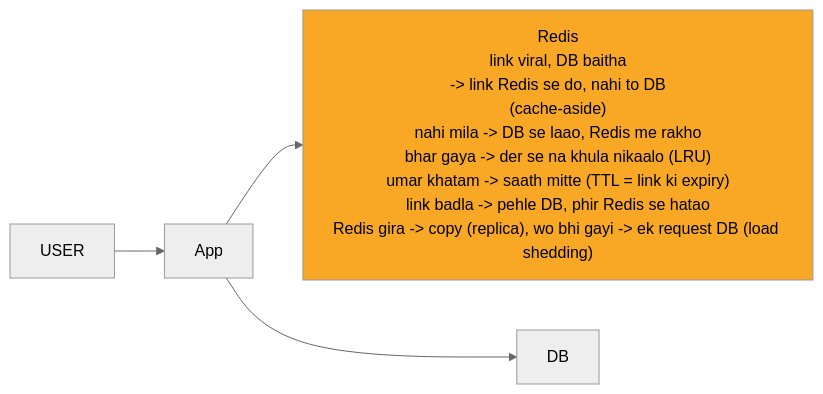
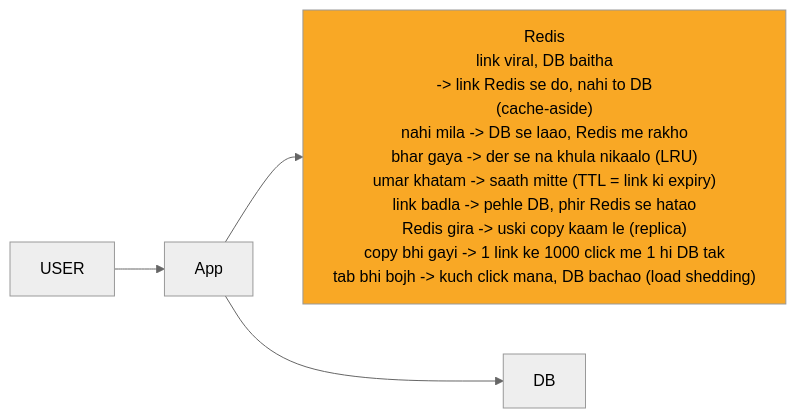
Before and after one commit to ArpanMaheshwari144/Prep: the second of 10 diagrams in 04_HLD/SYSTEM_DESIGNS/01_url_shortener/01_url_shortener.md, drawn with Mermaid (neutral theme). The commit also changed other lines of this file, not shown here.

Commit message:
url shortener card 1: Redis + copy gire wali line saaf

````diff
--- a/04_HLD/SYSTEM_DESIGNS/01_url_shortener/01_url_shortener.md
+++ b/04_HLD/SYSTEM_DESIGNS/01_url_shortener/01_url_shortener.md
@@ -113,12 +113,12 @@
 ```mermaid
 %%{init: {"flowchart": {"wrappingWidth": 450}}}%%
 flowchart LR
     n_USER["USER"]
     n_App["App"]
-    n_Redis["Redis<br/>link viral, DB baitha<br/>-> link Redis se do, nahi to DB<br/>(cache-aside)<br/>nahi mila -> DB se laao, Redis me rakho<br/>bhar gaya -> der se na khula nikaalo (LRU)<br/>umar khatam -> saath mitte (TTL = link ki expiry)<br/>link badla -> pehle DB, phir Redis se hatao<br/>Redis gira -> copy (replica), wo bhi gayi -> ek request DB (load shedding)"]
+    n_Redis["Redis<br/>link viral, DB baitha<br/>-> link Redis se do, nahi to DB<br/>(cache-aside)<br/>nahi mila -> DB se laao, Redis me rakho<br/>bhar gaya -> der se na khula nikaalo (LRU)<br/>umar khatam -> saath mitte (TTL = link ki expiry)<br/>link badla -> pehle DB, phir Redis se hatao<br/>Redis gira -> uski copy kaam le (replica)<br/>copy bhi gayi -> 1 link ke 1000 click me 1 hi DB tak<br/>tab bhi bojh -> kuch click mana, DB bachao (load shedding)"]
     n_DB["DB"]
     n_USER --> n_App
     n_App --> n_Redis
     n_App --> n_DB
     style n_Redis fill:#f9a825,color:#000
 ```
````
